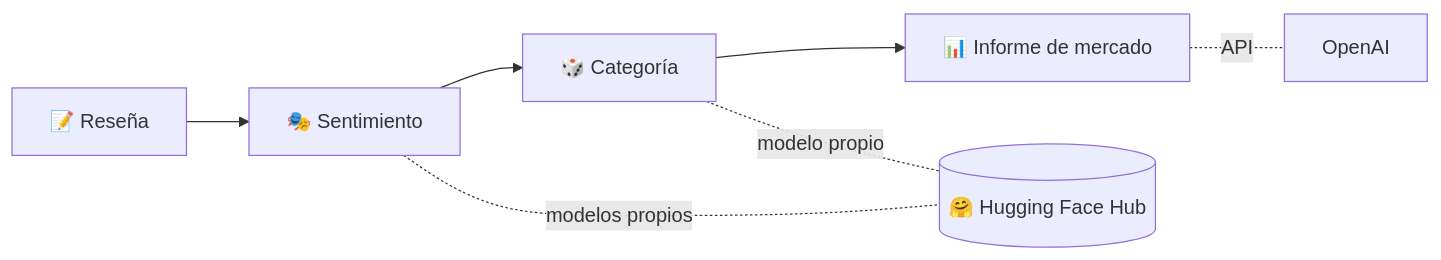
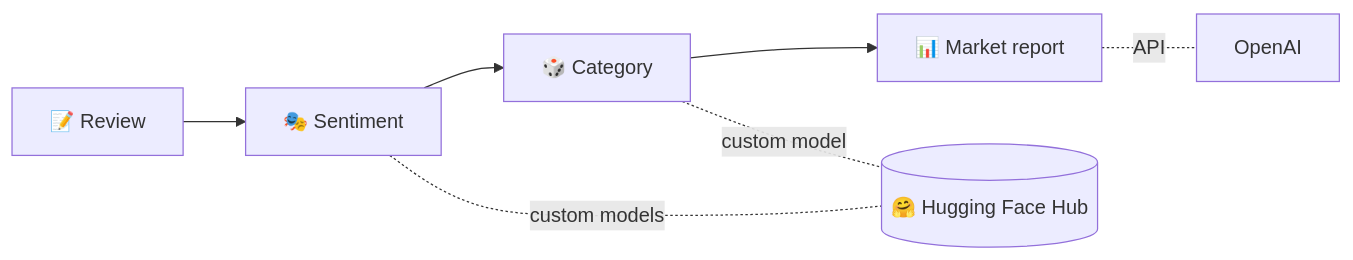
Before and after one commit to JTiiz/project-amazon-review-classifier-nlp-ai: the diagram in README.md, drawn with Mermaid. The commit also changed other lines of this file, not shown here.

````diff
--- a/README.md
+++ b/README.md
@@ -28,9 +28,9 @@
 ```mermaid
 flowchart LR
-    A[📝 Reseña] --> B[🎭 Sentimiento]
-    B --> C[🎲 Categoría]
-    C --> D[📊 Informe de mercado]
-    B -. modelos propios .- H[(🤗 Hugging Face Hub)]
-    C -. modelo propio .- H
+    A[📝 Review] --> B[🎭 Sentiment]
+    B --> C[🎲 Category]
+    C --> D[📊 Market report]
+    B -. custom models .- H[(🤗 Hugging Face Hub)]
+    C -. custom model .- H
     D -. API .- O[OpenAI]
 ```
````
